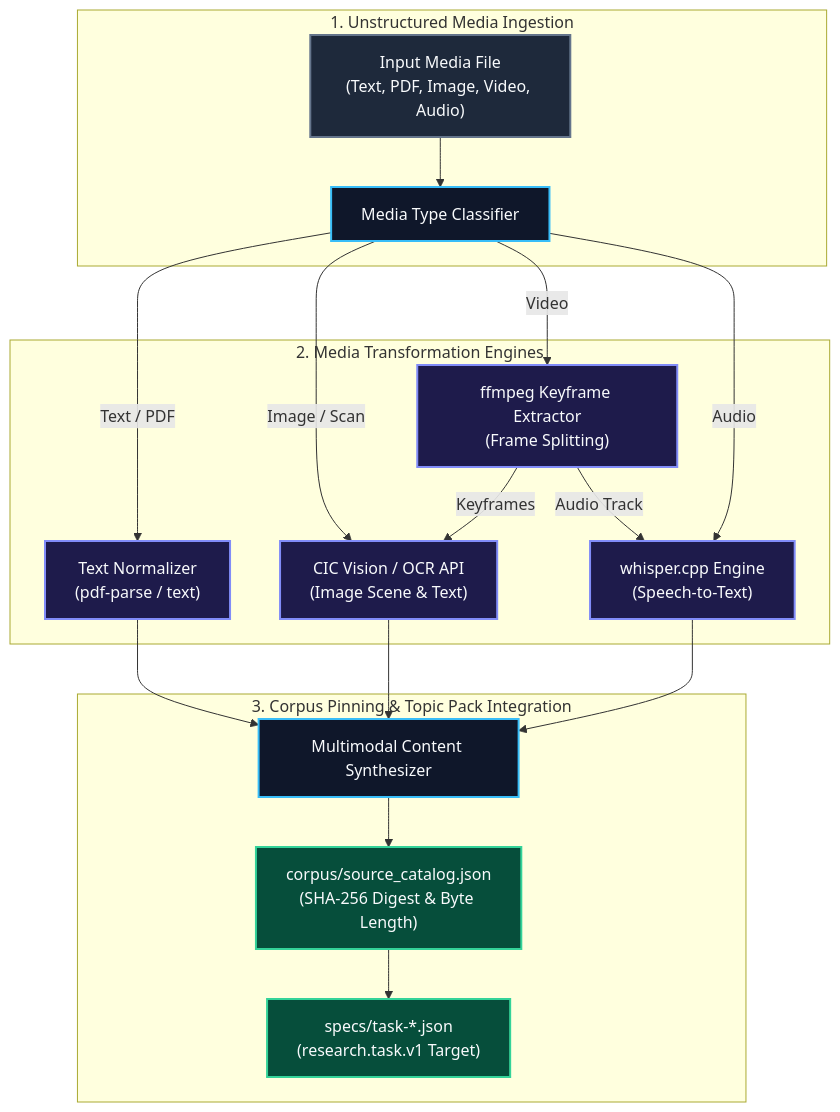
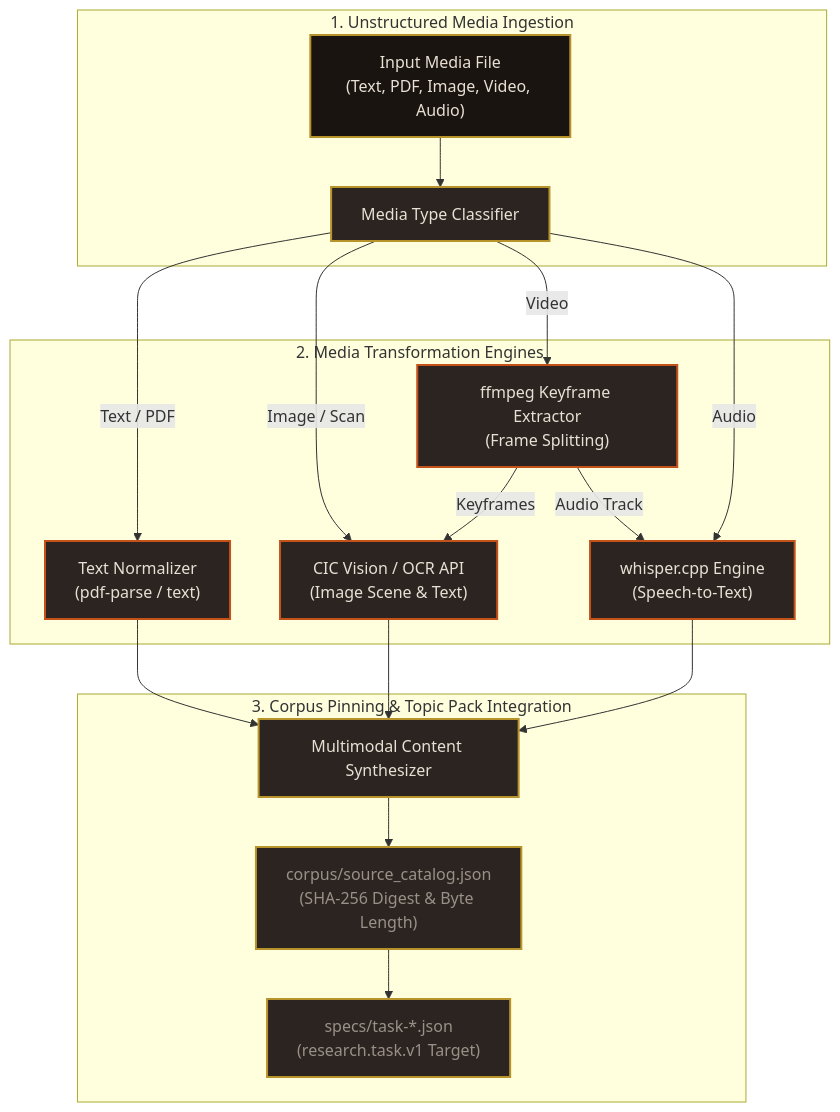
One commit to sorensencc-dotcom/TRM changed the diagram in wiki/Multimodal-Ingestion-&-Media-Pipeline.md. Above: the diagram before and after it, drawn with Mermaid. The commit also changed 25 other files, not shown here.

First line of the commit message:
docs(wiki): regenerate diagrams from CIC Industrial tokens (W11)

````diff
--- a/wiki/Multimodal-Ingestion-&-Media-Pipeline.md
+++ b/wiki/Multimodal-Ingestion-&-Media-Pipeline.md
@@ -37,41 +37,41 @@
 ```mermaid
 flowchart TD
-    classDef inputStyle fill:#1e293b,stroke:#64748b,stroke-width:2px,color:#f8fafc;
-    classDef procStyle fill:#0f172a,stroke:#38bdf8,stroke-width:2px,color:#f8fafc;
-    classDef mediaStyle fill:#1e1b4b,stroke:#818cf8,stroke-width:2px,color:#f8fafc;
-    classDef outStyle fill:#064e3b,stroke:#34d399,stroke-width:2px,color:#f8fafc;
+    classDef inputStyle fill:#1A1410,stroke:#B8922A,stroke-width:2px,color:#E8E0D4;
+    classDef procStyle fill:#2C2420,stroke:#B8922A,stroke-width:2px,color:#E8E0D4;
+    classDef mediaStyle fill:#2C2420,stroke:#C4501A,stroke-width:2px,color:#E8E0D4;
+    classDef outStyle fill:#2C2420,stroke:#B8922A,stroke-width:2px,color:#9A9088;
 
     subgraph Inputs["1. Unstructured Media Ingestion"]
         IN_FILE["Input Media File<br/>(Text, PDF, Image, Video, Audio)"]:::inputStyle
         CLASSIFY["Media Type Classifier"]:::procStyle
         IN_FILE --> CLASSIFY
     end
 
     subgraph Transformers["2. Media Transformation Engines"]
         TEXT_ENGINE["Text Normalizer<br/>(pdf-parse / text)"]:::mediaStyle
         OCR_ENGINE["CIC Vision / OCR API<br/>(Image Scene & Text)"]:::mediaStyle
         VIDEO_ENGINE["ffmpeg Keyframe Extractor<br/>(Frame Splitting)"]:::mediaStyle
         AUDIO_ENGINE["whisper.cpp Engine<br/>(Speech-to-Text)"]:::mediaStyle
 
         CLASSIFY -->|Text / PDF| TEXT_ENGINE
         CLASSIFY -->|Image / Scan| OCR_ENGINE
         CLASSIFY -->|Video| VIDEO_ENGINE
         CLASSIFY -->|Audio| AUDIO_ENGINE
 
         VIDEO_ENGINE -->|Keyframes| OCR_ENGINE
         VIDEO_ENGINE -->|Audio Track| AUDIO_ENGINE
     end
 
     subgraph Output["3. Corpus Pinning & Topic Pack Integration"]
         SYNTH["Multimodal Content Synthesizer"]:::procStyle
         PIN_CORPUS["corpus/source_catalog.json<br/>(SHA-256 Digest & Byte Length)"]:::outStyle
         SPEC_TARGET["specs/task-*.json<br/>(research.task.v1 Target)"]:::outStyle
 
         TEXT_ENGINE --> SYNTH
         OCR_ENGINE --> SYNTH
         AUDIO_ENGINE --> SYNTH
 
         SYNTH --> PIN_CORPUS
         PIN_CORPUS --> SPEC_TARGET
     end
 ```
````
